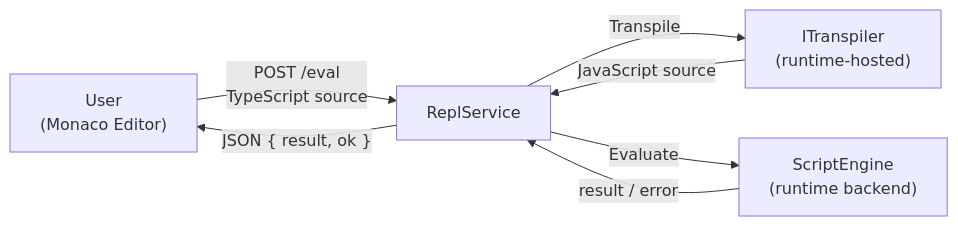
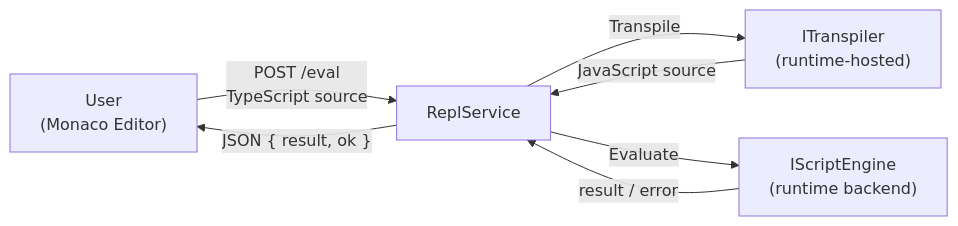
One commit to takeshik/Duets changed the first of 2 diagrams in docs/architecture.md. Above: the diagram before and after it, drawn with Mermaid. The commit also changed other lines of this file and 10 other files, not shown here.

````diff
--- a/docs/architecture.md
+++ b/docs/architecture.md
@@ -70,14 +70,14 @@
 ```mermaid
 flowchart LR
     U["User\n(Monaco Editor)"]
     RS[ReplService]
     TS["ITranspiler\n(runtime-hosted)"]
-    SE["ScriptEngine\n(runtime backend)"]
+    SE["IScriptEngine\n(runtime backend)"]
 
     U -->|"POST /eval\nTypeScript source"| RS
     RS -->|Transpile| TS
     TS -->|JavaScript source| RS
     RS -->|Evaluate| SE
     SE -->|result / error| RS
     RS -->|"JSON { result, ok }"| U
 ```
````
